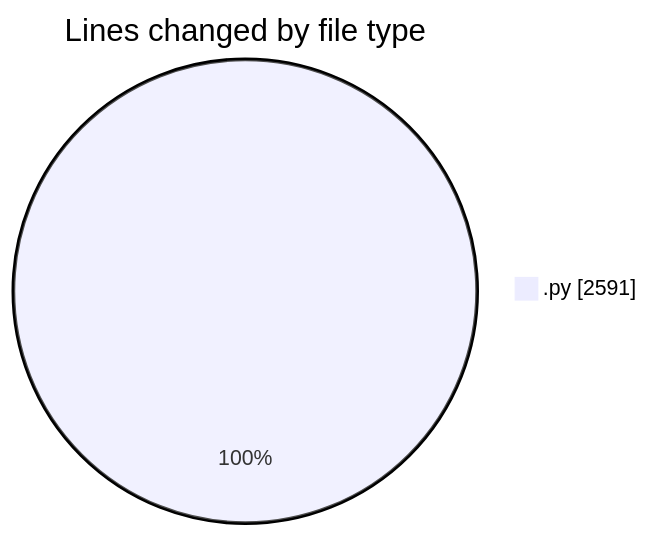
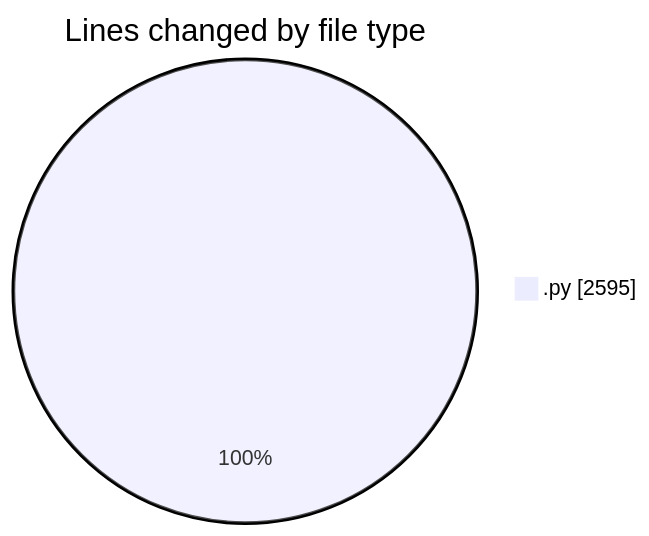
Before and after one commit to julien-gomy/code-tracking: the first of 2 diagrams in 2025-11-21/eventscop-api-guide__workspace_/README.md, drawn with Mermaid. The commit also changed other lines of this file and 1 other file, not shown here.

````diff
--- a/2025-11-21/eventscop-api-guide__workspace_/README.md
+++ b/2025-11-21/eventscop-api-guide__workspace_/README.md
@@ -31,5 +31,5 @@
 ```mermaid
 pie showData
 title Lines changed by file type
-".py" : 2591
+".py" : 2595
 ```
````
